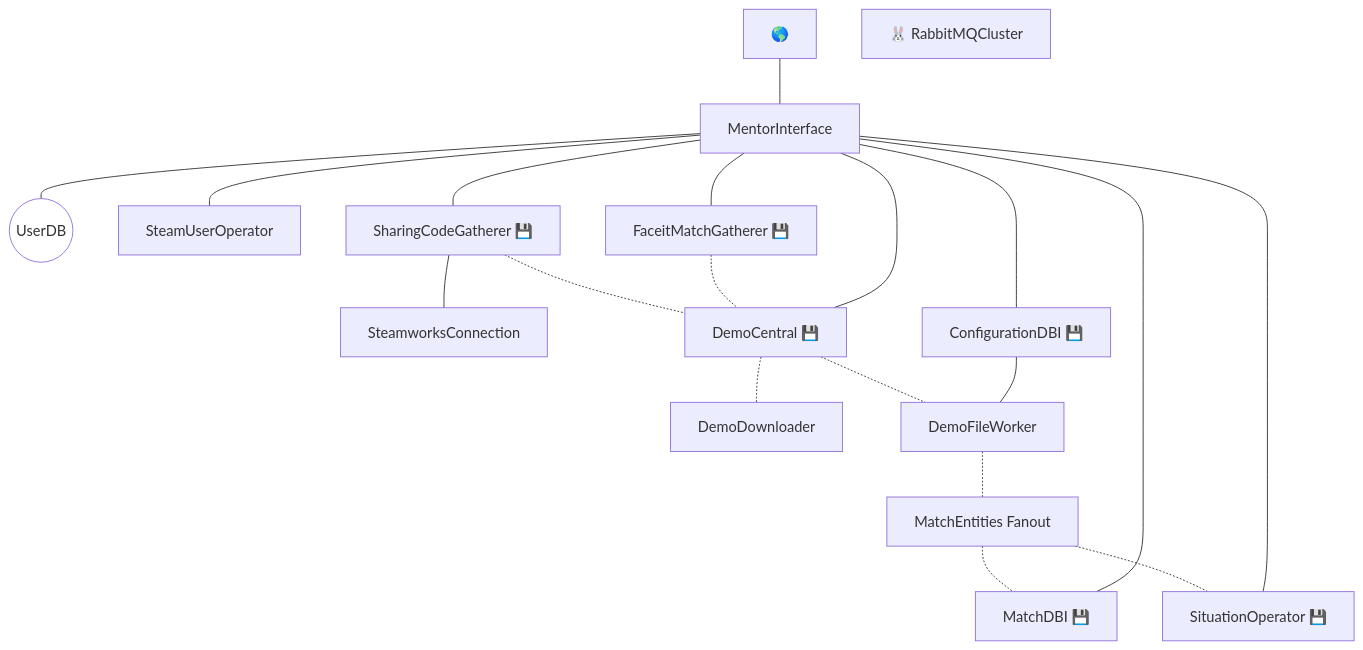
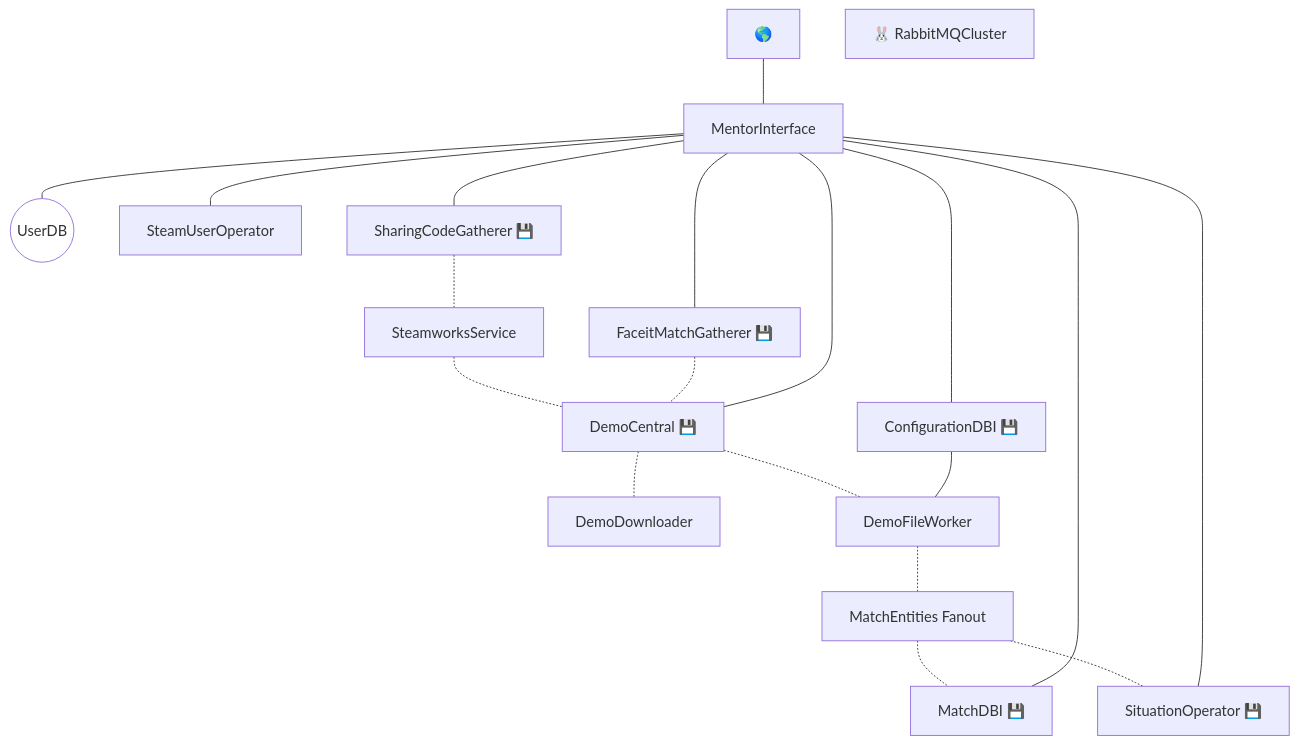
One commit to KieronKretschmar/MentorGG_Overview changed the first of 2 diagrams in README.md. Above: the diagram before and after it, drawn with Mermaid. The commit also changed other lines of this file, not shown here.

Commit message:
Apply design updates regarding sharingcoes to graph

````diff
--- a/README.md
+++ b/README.md
@@ -39,50 +41,51 @@
 ```mermaid
 graph TD;
     I["🌎"] --- MI
     MI --- UDB((UserDB));
     
     MI --- SUO[SteamUserOperator];
     
-    MI --- SCO["SharingCodeGatherer 💾"];
-    SCO --- SWC[SteamworksConnection];
-    SCO -.- DC;
+    MI --- SCG["SharingCodeGatherer 💾"];
+    SCG -.- SWS[SteamworksService];
+    SWS -.- DC;
     
     MI --- FG["FaceitMatchGatherer 💾"];
     FG -.- DC;
     
     
     MI --- CDBI["ConfigurationDBI 💾"];
     
     MI[MentorInterface] --- DC["DemoCentral 💾"];
     DC -.- DD[DemoDownloader];
     DC -.- DFW[DemoFileWorker];
     DFW -.- MEF["MatchEntities Fanout"];
     MEF -.- MDBI;
     MEF -.- SO;
     
     CDBI --- DFW;
 
     MI --- MDBI["MatchDBI 💾"];
     MI --- SO["SituationOperator 💾"];
 
     RC["🐰 RabbitMQCluster"];
 
 
     classDef db fill:white;
     classDef queue fill:pink;
     class RFO queue;
     class UDB,SUDB,CDB,SDB,MDB db;
 
     click MI,UDB "https://gitlab.com/mentorgg/engine/mentor-interface";
     click SUO "https://gitlab.com/mentorgg/engine/steamuserprojects";
-    click SCO,SWC "https://gitlab.com/mentorgg/csgo/sharingcodeprojects";
+    click SCG "https://gitlab.com/mentorgg/csgo/sharingcodegatherer";
+    click SWS "https://gitlab.com/mentorgg/csgo/steamworksservice";
     click CDBI,CDB "https://gitlab.com/mentorgg/csgo/configurationdbi";
     click DC "https://gitlab.com/mentorgg/csgo/democentral";
     click FG "https://gitlab.com/mentorgg/csgo/faceitmatchgatherer";
     click DFW "https://gitlab.com/mentorgg/csgo/demofileworker";
     click DD "https://gitlab.com/mentorgg/csgo/demodownloader";
     click MDBI,MDB "https://gitlab.com/mentorgg/csgo/matchdbi";
     click RC "https://gitlab.com/mentorgg/engine/rabbitmqcluster";
     click MEF "https://gitlab.com/mentorgg/csgo/matchentities";
     click SO,SDB "https://gitlab.com/mentorgg/csgo/situationsoperator";
 ```
````
